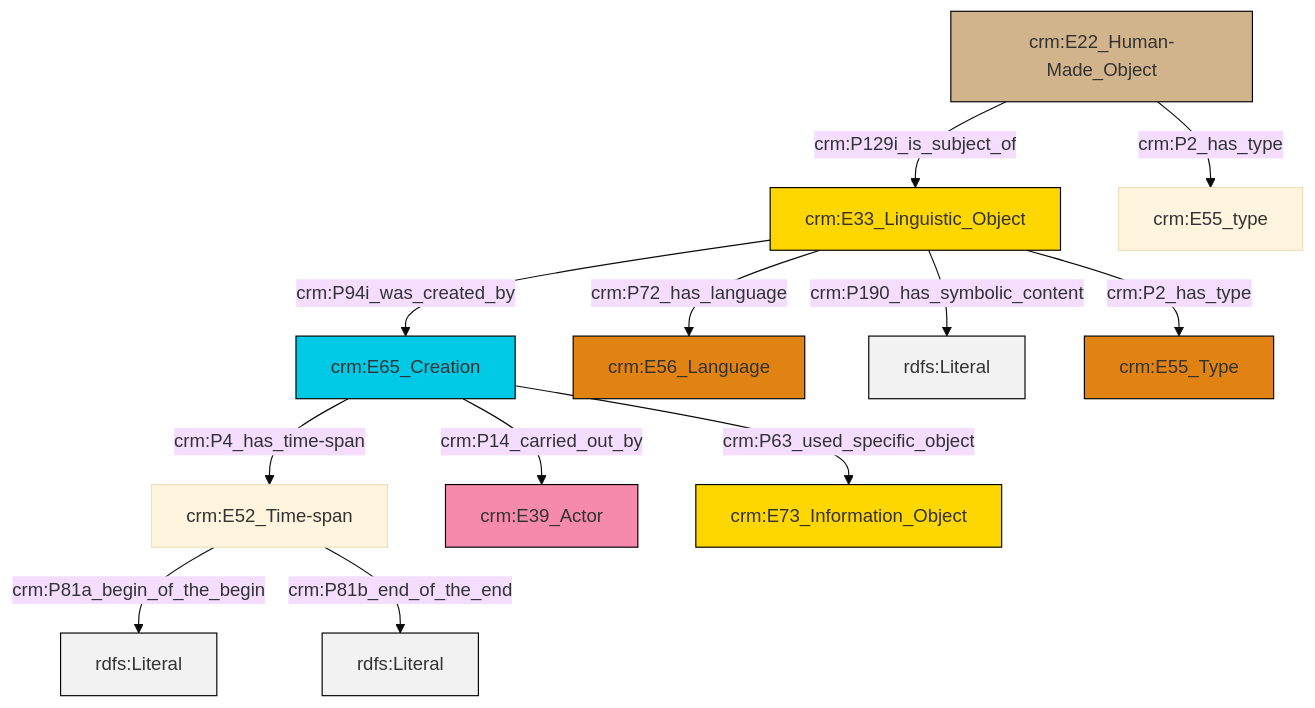
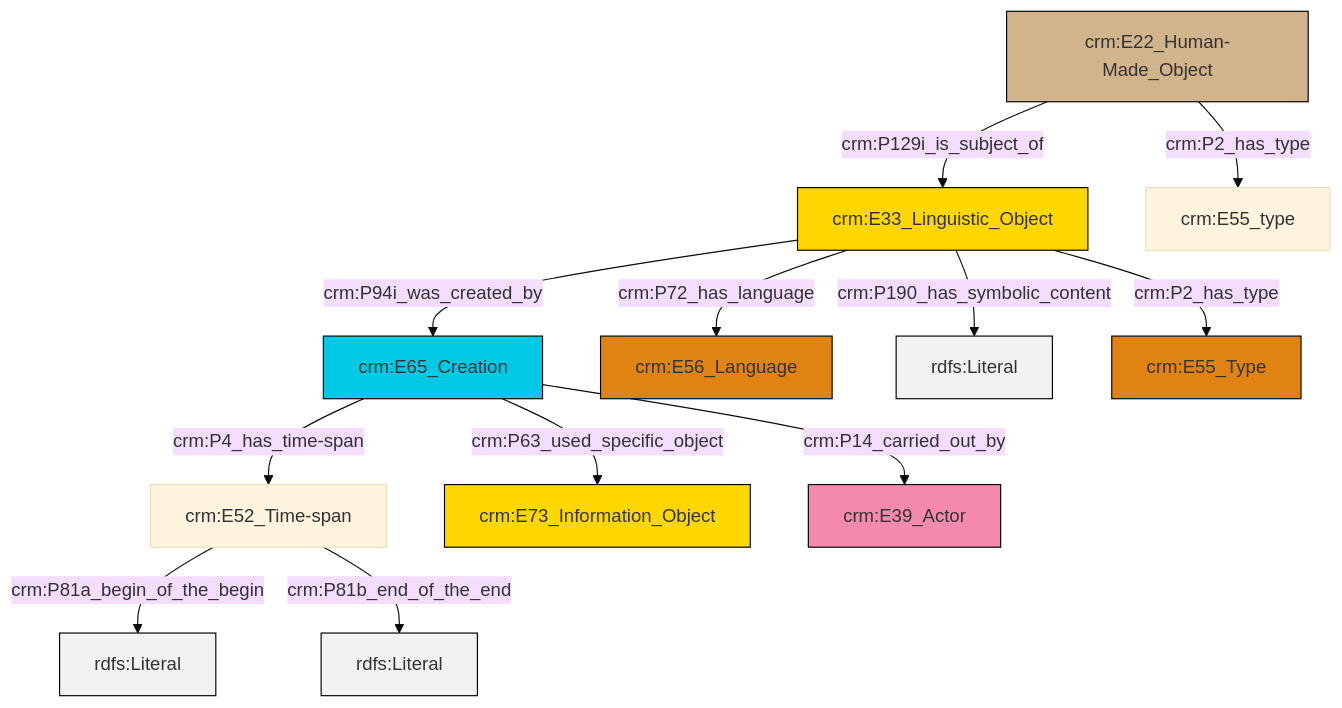
One commit to swiss-art-research-net/docs.swissartresearch changed the diagram in et/artworkCSV/ttl/mmd/Artwork_Description.ttl.mmd. Above: the diagram before and after it, drawn with Mermaid (base theme). The commit also changed 180 other files, not shown here.

```diff
--- a/et/artworkCSV/ttl/mmd/Artwork_Description.ttl.mmd
+++ b/et/artworkCSV/ttl/mmd/Artwork_Description.ttl.mmd
@@ -1,26 +1,26 @@
 graph TD
 classDef Literal fill:#f2f2f2,stroke:#000000;
 classDef CRM_Entity fill:#FFFFFF,stroke:#000000;
 classDef Temporal_Entity fill:#00C9E6, stroke:#000000;
 classDef Type fill:#E18312, stroke:#000000;
 classDef Time-Span fill:#2C9C91, stroke:#000000;
 classDef Appellation fill:#FFEB7F, stroke:#000000;
 classDef Place fill:#008836, stroke:#000000;
 classDef Persistent_Item fill:#B266B2, stroke:#000000;
 classDef Conceptual_Object fill:#FFD700, stroke:#000000;
 classDef Physical_Thing fill:#D2B48C, stroke:#000000;
 classDef Actor fill:#f58aad, stroke:#000000;
 classDef PC_Classes fill:#4ce600, stroke:#000000;
 classDef Multi fill:#cccccc,stroke:#000000;
 
-2["crm:E65_Creation"]:::Temporal_Entity -->|crm:P14_carried_out_by| 3["crm:E39_Actor"]:::Actor
-2["crm:E65_Creation"]:::Temporal_Entity -->|crm:P63_used_specific_object| 6["crm:E73_Information_Object"]:::Conceptual_Object
-8["crm:E33_Linguistic_Object"]:::Conceptual_Object -->|crm:P72_has_language| 4["crm:E56_Language"]:::Type
-0["crm:E52_Time-span"]:::Default -->|crm:P81a_begin_of_the_begin| 9[rdfs:Literal]:::Literal
-8["crm:E33_Linguistic_Object"]:::Conceptual_Object -->|crm:P190_has_symbolic_content| 10[rdfs:Literal]:::Literal
+0["crm:E52_Time-span"]:::Default -->|crm:P81a_begin_of_the_begin| 1[rdfs:Literal]:::Literal
+2["crm:E65_Creation"]:::Temporal_Entity -->|crm:P4_has_time-span| 0["crm:E52_Time-span"]:::Default
 8["crm:E33_Linguistic_Object"]:::Conceptual_Object -->|crm:P94i_was_created_by| 2["crm:E65_Creation"]:::Temporal_Entity
-2["crm:E65_Creation"]:::Temporal_Entity -->|crm:P4_has_time-span| 0["crm:E52_Time-span"]:::Default
+8["crm:E33_Linguistic_Object"]:::Conceptual_Object -->|crm:P72_has_language| 13["crm:E56_Language"]:::Type
+2["crm:E65_Creation"]:::Temporal_Entity -->|crm:P63_used_specific_object| 4["crm:E73_Information_Object"]:::Conceptual_Object
+8["crm:E33_Linguistic_Object"]:::Conceptual_Object -->|crm:P190_has_symbolic_content| 14[rdfs:Literal]:::Literal
+11["crm:E22_Human-Made_Object"]:::Physical_Thing -->|crm:P129i_is_subject_of| 8["crm:E33_Linguistic_Object"]:::Conceptual_Object
+11["crm:E22_Human-Made_Object"]:::Physical_Thing -->|crm:P2_has_type| 15["crm:E55_type"]:::Default
+8["crm:E33_Linguistic_Object"]:::Conceptual_Object -->|crm:P2_has_type| 17["crm:E55_Type"]:::Type
+2["crm:E65_Creation"]:::Temporal_Entity -->|crm:P14_carried_out_by| 6["crm:E39_Actor"]:::Actor
 0["crm:E52_Time-span"]:::Default -->|crm:P81b_end_of_the_end| 19[rdfs:Literal]:::Literal
-8["crm:E33_Linguistic_Object"]:::Conceptual_Object -->|crm:P2_has_type| 13["crm:E55_Type"]:::Type
-11["crm:E22_Human-Made_Object"]:::Physical_Thing -->|crm:P2_has_type| 15["crm:E55_type"]:::Default
-11["crm:E22_Human-Made_Object"]:::Physical_Thing -->|crm:P129i_is_subject_of| 8["crm:E33_Linguistic_Object"]:::Conceptual_Object
```
